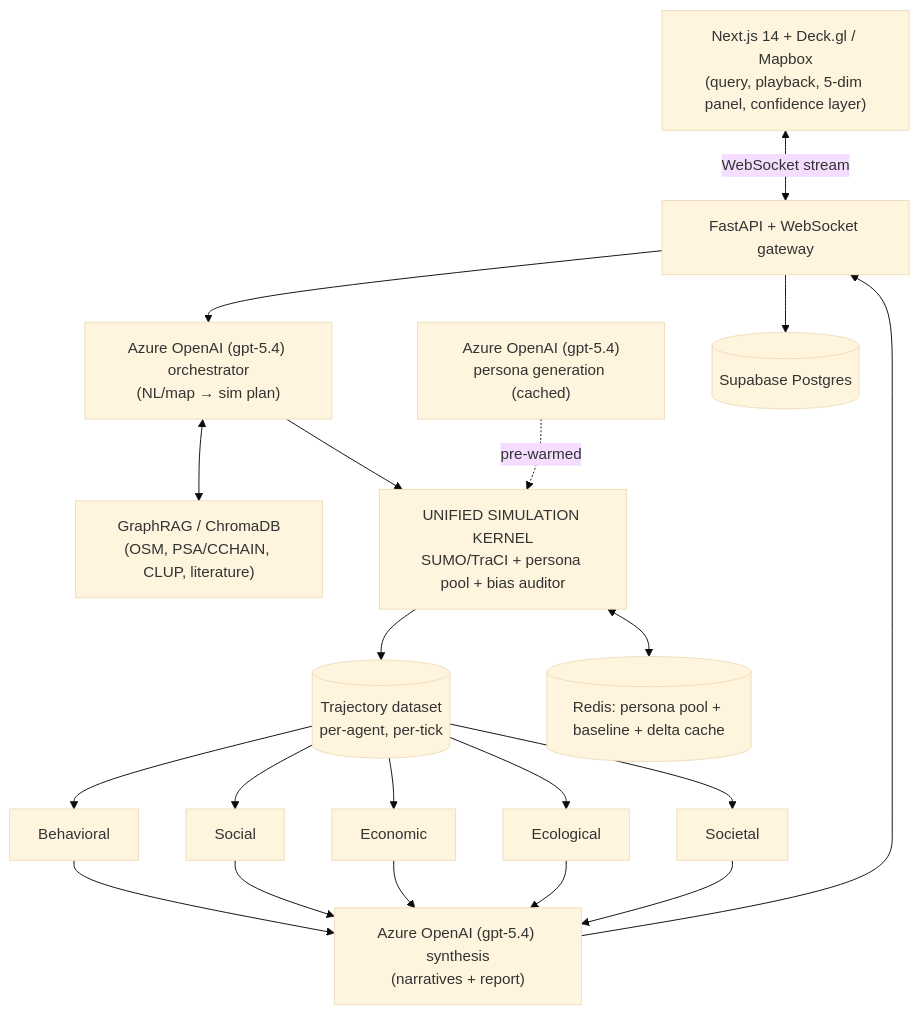
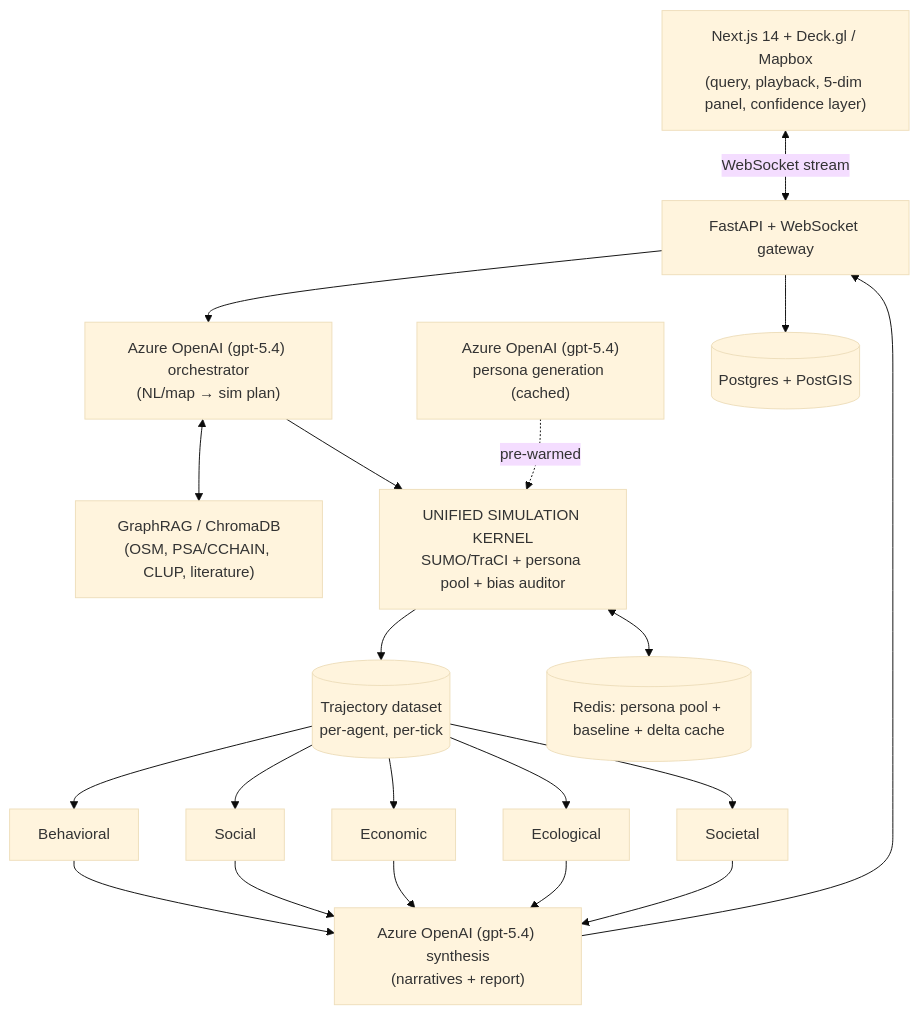
The diagram in docs/sdd-matrix.md (delatorrecj/matrix), drawn with Mermaid (base theme) before and after one commit. The commit also changed other lines of this file and 24 other files, not shown here.

Commit message:
docs: establish comprehensive project documentation and standardize architecture with new guides and internal structural updates

````diff
--- a/docs/sdd-matrix.md
+++ b/docs/sdd-matrix.md
@@ -35,28 +35,28 @@
 ```mermaid
 graph TD
     UI["Next.js 14 + Deck.gl / Mapbox<br/>(query, playback, 5-dim panel, confidence layer)"]
     GW["FastAPI + WebSocket gateway"]
     ORC["Azure OpenAI (gpt-5.4) orchestrator<br/>(NL/map → sim plan)"]
     RAG["GraphRAG / ChromaDB<br/>(OSM, PSA/CCHAIN, CLUP, literature)"]
     KERNEL["UNIFIED SIMULATION KERNEL<br/>SUMO/TraCI + persona pool + bias auditor"]
     PERS["Azure OpenAI (gpt-5.4)<br/>persona generation (cached)"]
     TRAJ[("Trajectory dataset<br/>per-agent, per-tick")]
     MB["Behavioral"]
     MS["Social"]
     ME["Economic"]
     MC["Ecological"]
     MZ["Societal"]
     SYN["Azure OpenAI (gpt-5.4) synthesis<br/>(narratives + report)"]
-    DB[("Supabase Postgres")]
+    DB[("Postgres + PostGIS")]
     REDIS[("Redis: persona pool + baseline + delta cache")]
 
     UI <-->|WebSocket stream| GW --> ORC
     ORC <--> RAG
     ORC --> KERNEL
     PERS -.pre-warmed.-> KERNEL
     KERNEL --> TRAJ
     TRAJ --> MB & MS & ME & MC & MZ
     MB & MS & ME & MC & MZ --> SYN --> GW
     KERNEL <--> REDIS
     GW --> DB
 ```
````
